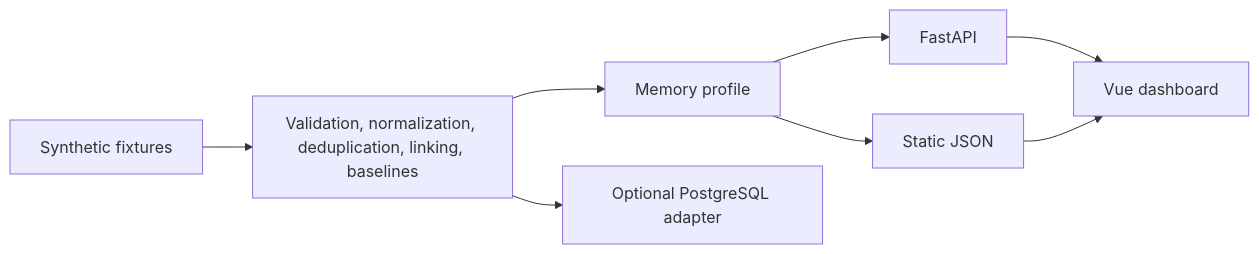
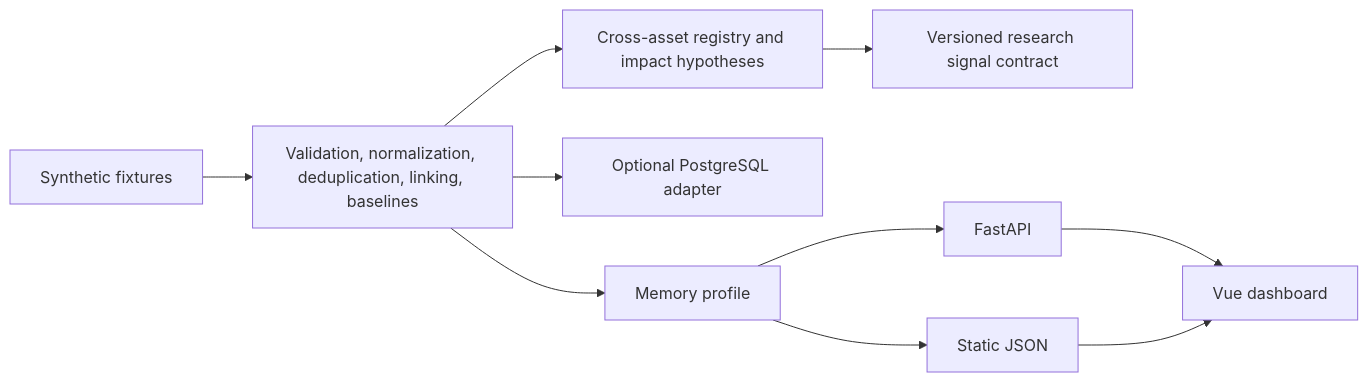
One commit to Anchor7-M/finnews-intelligence-platform changed the diagram in README.md. Above: the diagram before and after it, drawn with Mermaid. The commit also changed other lines of this file and 68 other files, not shown here.

Commit message:
Implement revised cross-asset M3A foundation

````diff
--- a/README.md
+++ b/README.md
@@ -9,10 +9,12 @@
 ```mermaid
 flowchart LR
   Fixtures[Synthetic fixtures] --> Pipeline[Validation, normalization, deduplication, linking, baselines]
   Pipeline --> Memory[Memory profile]
   Pipeline --> Postgres[Optional PostgreSQL adapter]
+  Pipeline --> Assets[Cross-asset registry and impact hypotheses]
+  Assets --> Contract[Versioned research signal contract]
   Memory --> API[FastAPI]
   Memory --> Static[Static JSON]
   API --> Vue[Vue dashboard]
   Static --> Vue
 ```
````
